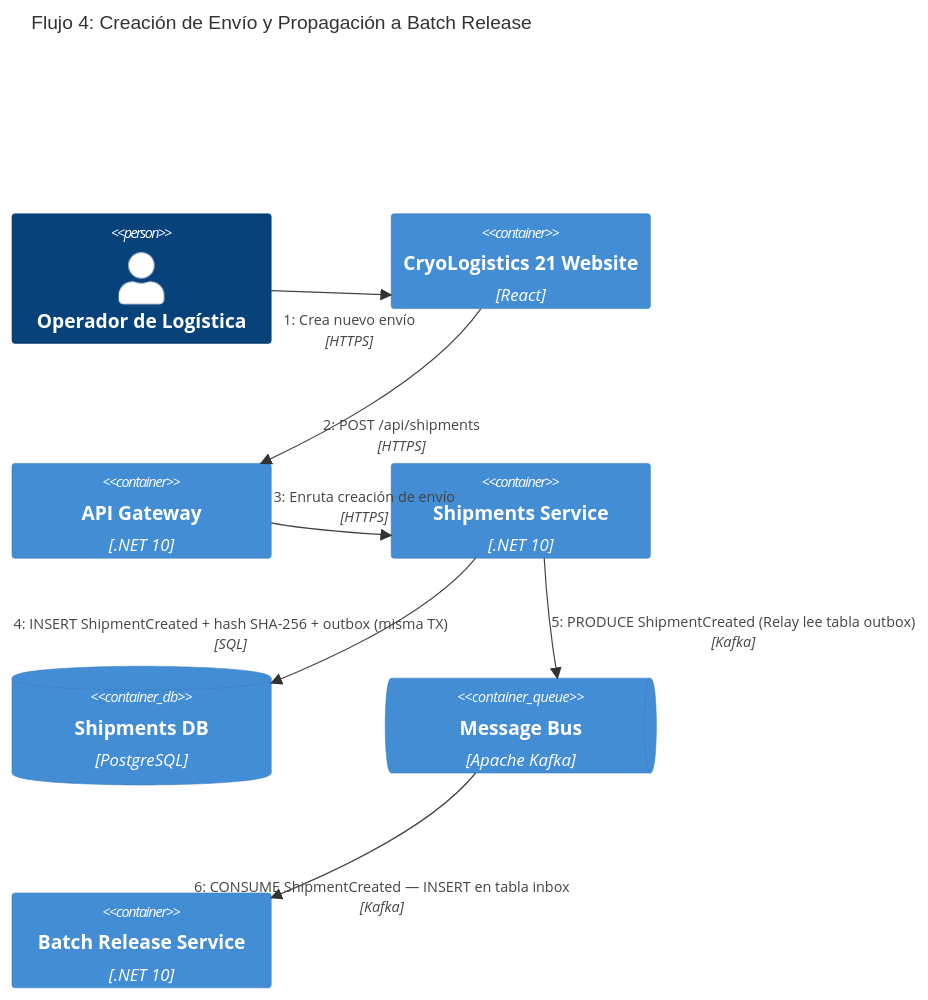
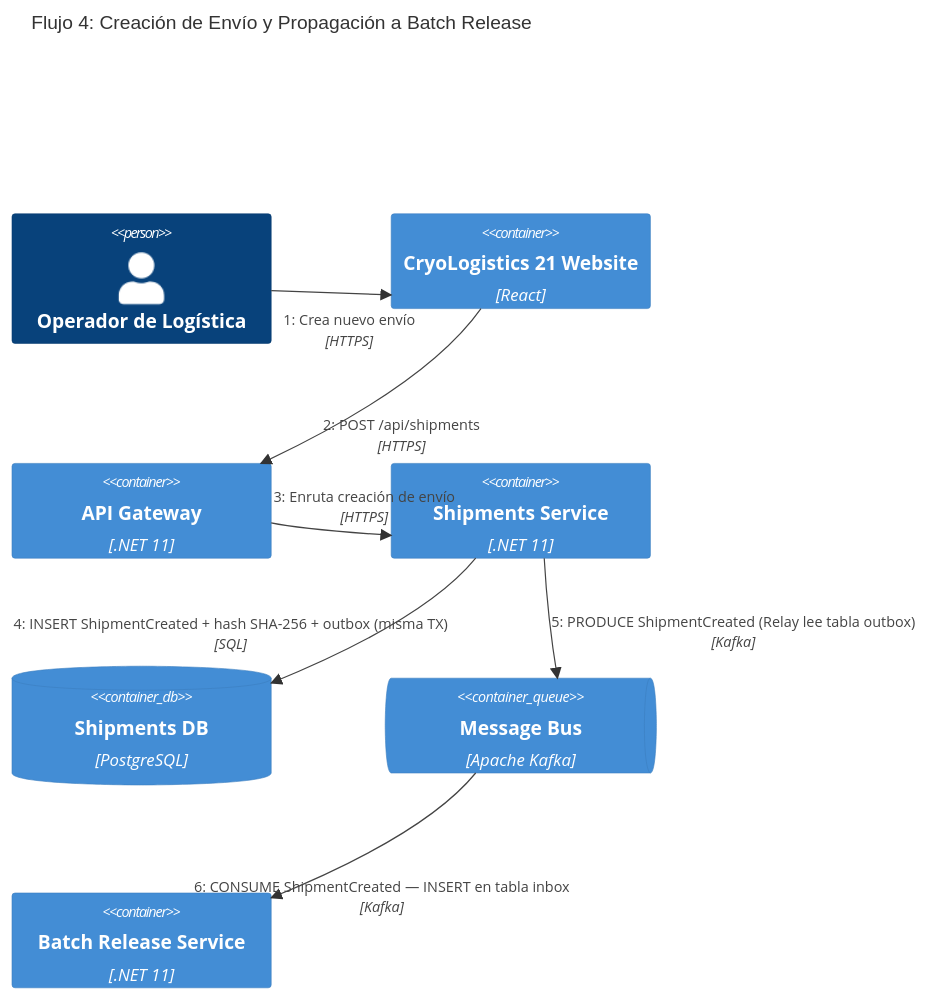
The sixth of 6 diagrams in docs/architecture/architecture.md (mewfeuille115/cryologistics-21), drawn with Mermaid before and after one commit. The commit also changed other lines of this file and 12 other files, not shown here.

````diff
--- a/docs/architecture/architecture.md
+++ b/docs/architecture/architecture.md
@@ -259,25 +259,25 @@
 ```mermaid
 C4Dynamic
     title Flujo 4: Creación de Envío y Propagación a Batch Release
 
     Person(operator, "Operador de Logística", "")
     Container(website, "CryoLogistics 21 Website", "React", "")
-    Container(gateway, "API Gateway", ".NET 10", "")
-    Container(shipments_svc, "Shipments Service", ".NET 10", "")
+    Container(gateway, "API Gateway", ".NET 11", "")
+    Container(shipments_svc, "Shipments Service", ".NET 11", "")
     ContainerDb(shipments_db, "Shipments DB", "PostgreSQL", "")
     ContainerQueue(kafka, "Message Bus", "Apache Kafka", "")
-    Container(release_svc, "Batch Release Service", ".NET 10", "")
+    Container(release_svc, "Batch Release Service", ".NET 11", "")
 
     Rel(operator, website, "Crea nuevo envío", "HTTPS")
     Rel(website, gateway, "POST /api/shipments", "HTTPS")
     Rel(gateway, shipments_svc, "Enruta creación de envío", "HTTPS")
     Rel(shipments_svc, shipments_db, "INSERT ShipmentCreated + hash SHA-256 + outbox (misma TX)", "SQL")
     Rel(shipments_svc, kafka, "PRODUCE ShipmentCreated (Relay lee tabla outbox)", "Kafka")
     Rel(kafka, release_svc, "CONSUME ShipmentCreated — INSERT en tabla inbox", "Kafka")
 
     UpdateRelStyle(operator, website, $offsetX="-40", $offsetY="20")
     UpdateRelStyle(website, gateway, $offsetX="-40", $offsetY="30")
     UpdateRelStyle(gateway, shipments_svc, $offsetX="-48", $offsetY="-30")
     UpdateRelStyle(shipments_svc, shipments_db, $offsetX="-300", $offsetY="0")
     UpdateRelStyle(kafka, release_svc, $offsetX="-150", $offsetY="40")
 ```
````
